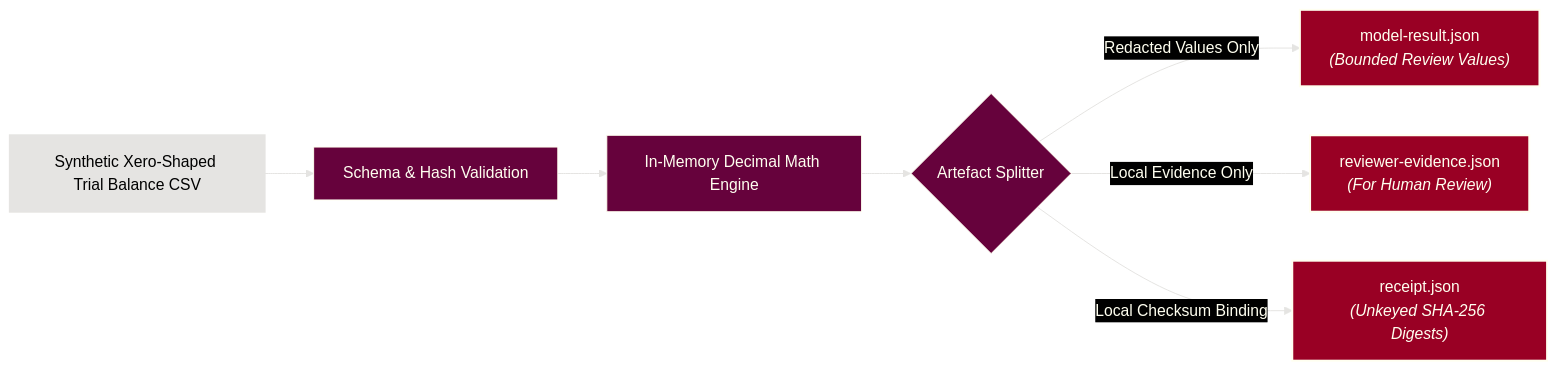
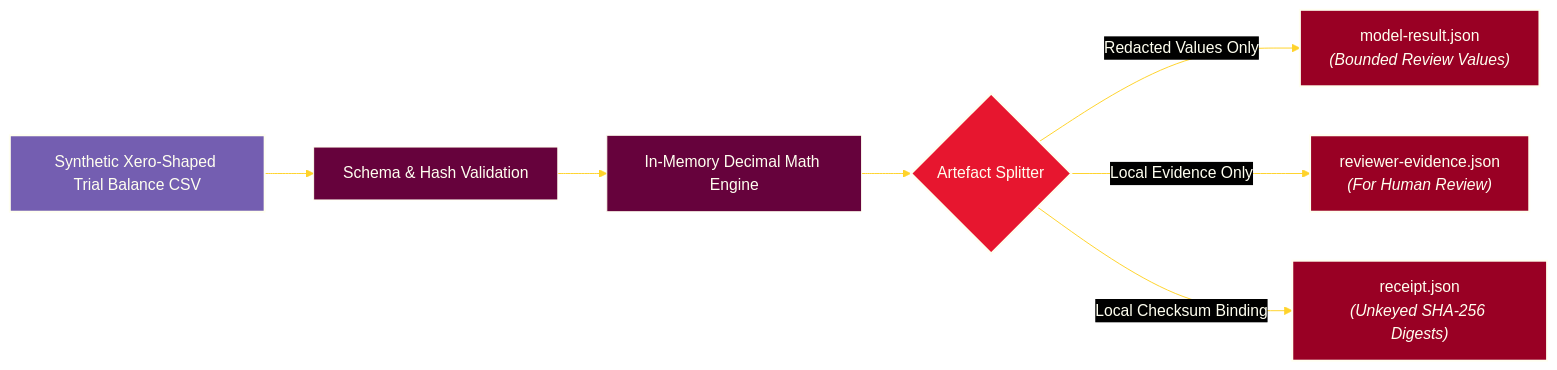
The diagram in packages/elizabeth-anne-alexander/DATA-FLOW.md (ryanduguid/accounting-review-pipeline), drawn with Mermaid before and after one commit. The commit also changed 4 other files, not shown here.

Commit message:
docs: extend Mermaid accent palette (#392)

````diff
--- a/packages/elizabeth-anne-alexander/DATA-FLOW.md
+++ b/packages/elizabeth-anne-alexander/DATA-FLOW.md
@@ -16,16 +16,18 @@
 ```mermaid
 flowchart LR
-%%{init: {"theme": "base", "look": "classic", "themeVariables": {"background": "#000000", "primaryColor": "#66023C", "primaryTextColor": "#FFFFF0", "primaryBorderColor": "#FFFFF0", "lineColor": "#E5E4E2", "textColor": "#FFFFF0", "edgeLabelBackground": "#000000", "clusterBkg": "#000000", "clusterBorder": "#E5E4E2", "titleColor": "#E5E4E2"}}}%%
+%%{init: {"theme": "base", "look": "classic", "themeVariables": {"background": "#000000", "primaryColor": "#66023C", "primaryTextColor": "#FFFFF0", "primaryBorderColor": "#FFFFF0", "lineColor": "#FFD32A", "textColor": "#FFFFF0", "edgeLabelBackground": "#000000", "clusterBkg": "#000000", "clusterBorder": "#9B7735", "titleColor": "#E5E4E2"}}}%%
     Source["Synthetic Xero-Shaped Trial Balance CSV"] --> Ingestion["Schema & Hash Validation"]
     Ingestion --> Sandbox["In-Memory Decimal Math Engine"]
     Sandbox --> Split{"Artefact Splitter"}
     
     Split -->|Redacted Values Only| ModelArtifact["model-result.json<br/><i>(Bounded Review Values)</i>"]
     Split -->|Local Evidence Only| HumanArtifact["reviewer-evidence.json<br/><i>(For Human Review)</i>"]
     Split -->|Local Checksum Binding| Receipt["receipt.json<br/><i>(Unkeyed SHA-256 Digests)</i>"]
     style ModelArtifact fill:#990024,stroke:#FFFFF0,stroke-width:2px,color:#FFFFF0
     style HumanArtifact fill:#990024,stroke:#FFFFF0,stroke-width:2px,color:#FFFFF0
     style Receipt fill:#990024,stroke:#FFFFF0,stroke-width:2px,color:#FFFFF0
-    classDef external fill:#E5E4E2,stroke:#E5E4E2,stroke-width:2px,color:#000000
+    classDef external fill:#745EB1,stroke:#FFFFF0,stroke-width:2px,color:#FFFFF0
     class Source external
+    classDef decision fill:#E7162F,stroke:#FFFFF0,stroke-width:2px,color:#FFFFF0
+    class Split decision
 ```
````
